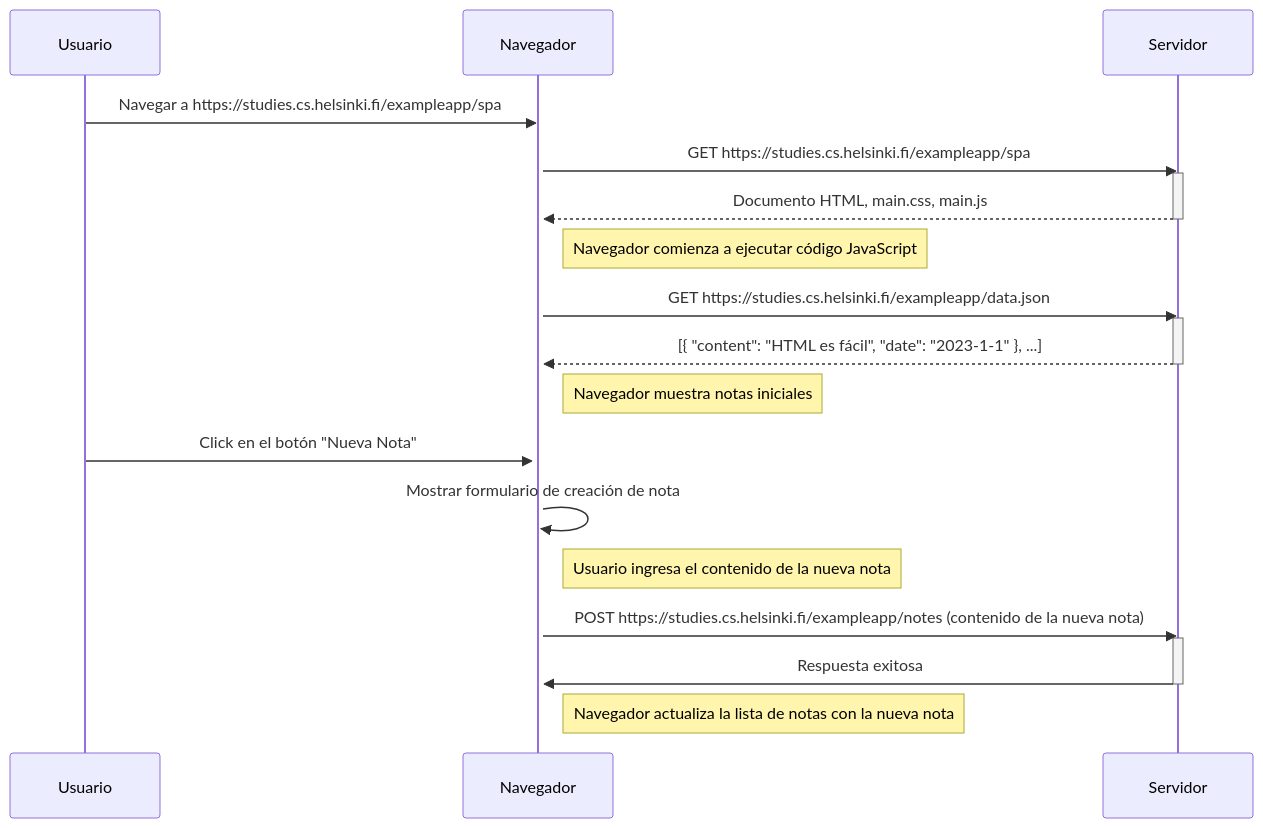
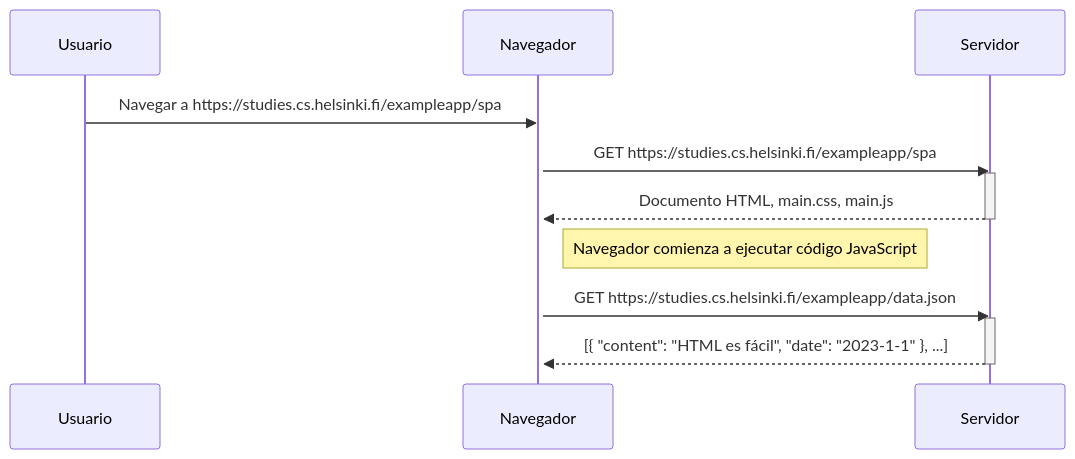
The diagram in 0.6.md (HiWorld2023/Ejercices-0.1-0.6-in-full-stack-open), drawn with Mermaid before and after one commit.

````diff
--- a/0.6.md
+++ b/0.6.md
@@ -1,36 +1,26 @@
 ```mermaid 
 
 sequenceDiagram
 
     participant Usuario
     participant Navegador
     participant Servidor
 
     Usuario->>Navegador: Navegar a https://studies.cs.helsinki.fi/exampleapp/spa
     activate Navegador
     Navegador->>Servidor: GET https://studies.cs.helsinki.fi/exampleapp/spa
     activate Servidor
     Servidor-->>Navegador: Documento HTML, main.css, main.js
     deactivate Servidor
 
     Note right of Navegador: Navegador comienza a ejecutar código JavaScript
 
     Navegador->>Servidor: GET https://studies.cs.helsinki.fi/exampleapp/data.json
     activate Servidor
     Servidor-->>Navegador: [{ "content": "HTML es fácil", "date": "2023-1-1" }, ...]
     deactivate Servidor
 
-    Note right of Navegador: Navegador muestra notas iniciales
 
-    Usuario->>Navegador: Click en el botón "Nueva Nota"
-    Navegador->>Navegador: Mostrar formulario de creación de nota
-    Note right of Navegador: Usuario ingresa el contenido de la nueva nota
-    Navegador->>Servidor: POST https://studies.cs.helsinki.fi/exampleapp/notes (contenido de la nueva nota)
-    activate Servidor
-    Servidor->>Navegador: Respuesta exitosa
-    deactivate Servidor
-
-    Note right of Navegador: Navegador actualiza la lista de notas con la nueva nota
 
 
 ```
````
